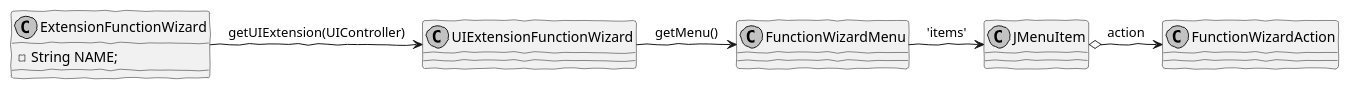
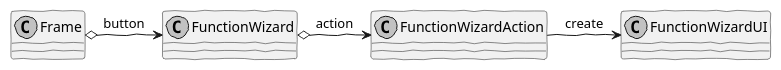
Before and after one commit to MikeTekOn/lapr4-2017-2dd: the diagram in src/main/java/lapr4/blue/s1/lang/n1060503/functionWizard/cd1_insert_function_basic_wizard.puml, drawn with PlantUML. The commit also changed 10 other files, not shown here.

Commit message:
LAPR4E17DD-60 #comment Implement Function Wizard Controller, Action, UI (incomplete) and button next formula bar Update Javadoc

```diff
--- a/src/main/java/lapr4/blue/s1/lang/n1060503/functionWizard/cd1_insert_function_basic_wizard.puml
+++ b/src/main/java/lapr4/blue/s1/lang/n1060503/functionWizard/cd1_insert_function_basic_wizard.puml
@@ -1,20 +1,16 @@
 @startuml cd1_insert_function_basic_wizard.png
 skinparam handwritten true
 skinparam monochrome true
 skinparam packageStyle rect
 skinparam defaultFontName FG Virgil
 skinparam shadowing false  
 
-  class FunctionWizardAction {
-   }
-  class FunctionWizardMenu
-  class ExtensionFunctionWizard {
-    -String NAME;
-  }
-  class UIExtensionFunctionWizard
-  class JMenuItem
-  ExtensionFunctionWizard -> UIExtensionFunctionWizard : getUIExtension(UIController)
-  UIExtensionFunctionWizard -> FunctionWizardMenu : getMenu()
-  FunctionWizardMenu -> JMenuItem : 'items'
-  JMenuItem o-> FunctionWizardAction : action
-  @enduml
+class FunctionWizardAction {
+}
+class FunctionWizard
+class FunctionWizardUI
+class Frame
+Frame o-> FunctionWizard : button
+FunctionWizard o-> FunctionWizardAction : action
+FunctionWizardAction -> FunctionWizardUI : create
+@enduml
```
